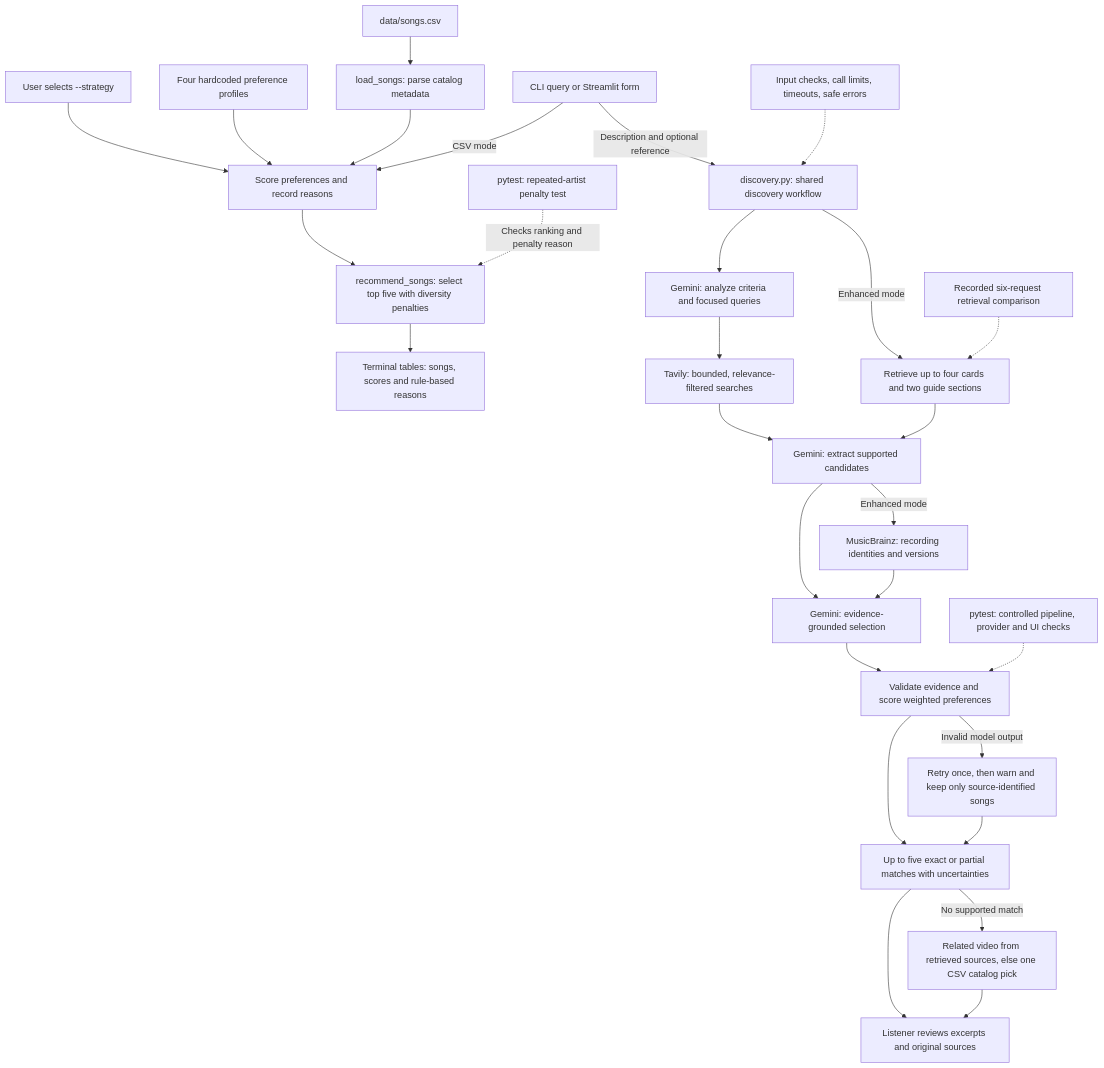
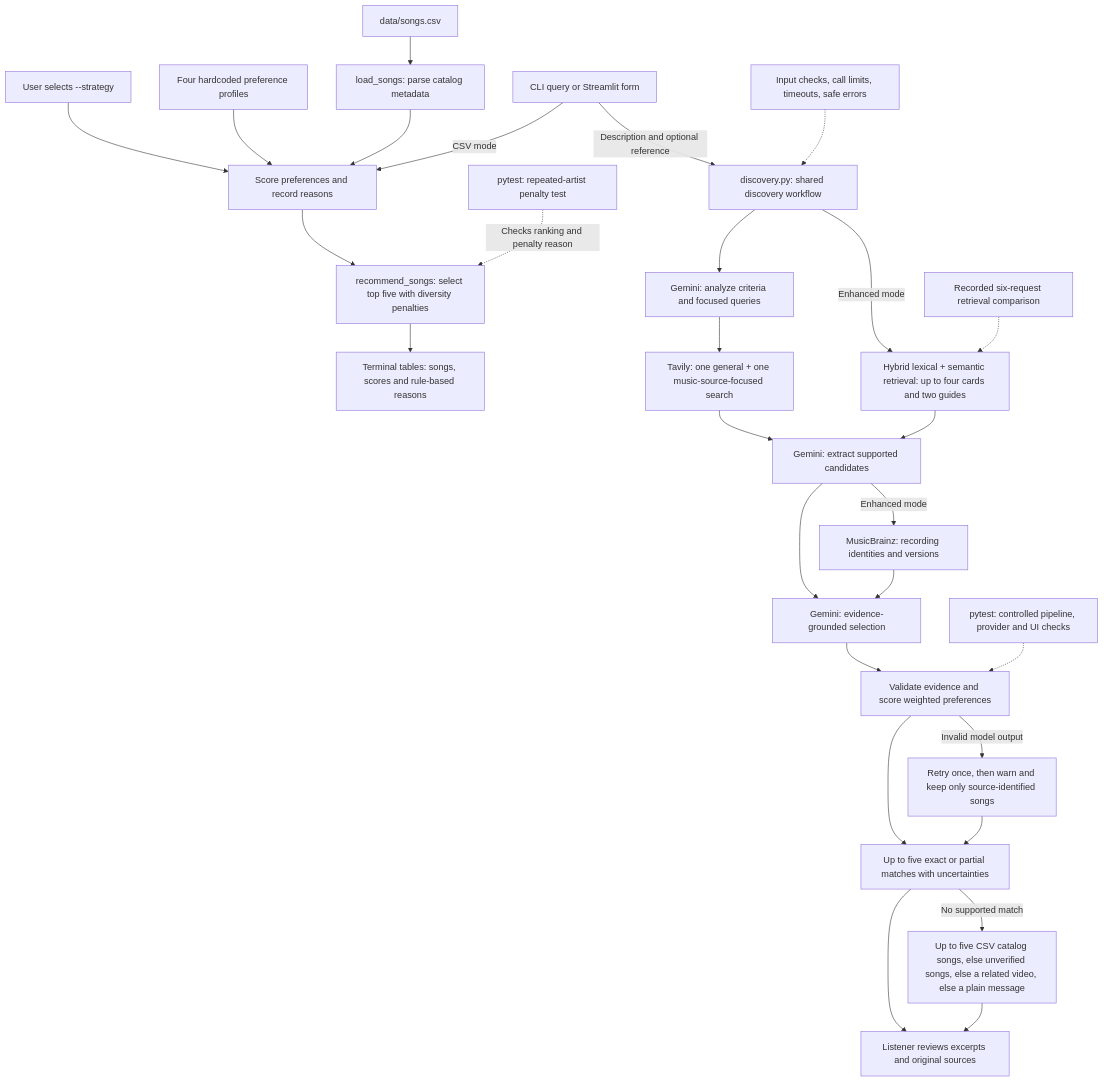
One commit to KarinaS0uza/applied-ai-music-recommender changed the diagram in README.md. Above: the diagram before and after it, drawn with Mermaid. The commit also changed other lines of this file and 6 other files, not shown here.

Commit message:
docs: update README, model card and architecture, add screenshots

````diff
--- a/README.md
+++ b/README.md
@@ -33,34 +33,34 @@
 ```mermaid
 flowchart TD
     Strategy["User selects --strategy"] --> Scoring["Score preferences and record reasons"]
     Profiles["Four hardcoded preference profiles"] --> Scoring
     Catalog["data/songs.csv"] --> Loader["load_songs: parse catalog metadata"]
     Loader --> Scoring
     Scoring --> Selection["recommend_songs: select top five with diversity penalties"]
     Selection --> Output["Terminal tables: songs, scores and rule-based reasons"]
 
     %% Existing development test, run separately from the application.
     Tests["pytest: repeated-artist penalty test"] -.->|"Checks ranking and penalty reason"| Selection
 
     UI["CLI query or Streamlit form"] -->|"CSV mode"| Scoring
     UI -->|"Description and optional reference"| RAG["discovery.py: shared discovery workflow"]
     RAG --> Intent["Gemini: analyze criteria and focused queries"]
-    Intent --> Web["Tavily: bounded, relevance-filtered searches"]
-    RAG -->|"Enhanced mode"| Docs["Retrieve up to four cards and two guide sections"]
+    Intent --> Web["Tavily: one general + one music-source-focused search"]
+    RAG -->|"Enhanced mode"| Docs["Hybrid lexical + semantic retrieval: up to four cards and two guides"]
     Web --> Extract["Gemini: extract supported candidates"]
     Docs --> Extract
     Extract -->|"Enhanced mode"| Metadata["MusicBrainz: recording identities and versions"]
     Extract --> Generate["Gemini: evidence-grounded selection"]
     Metadata --> Generate
     Generate --> Validate["Validate evidence and score weighted preferences"]
     Validate --> Results["Up to five exact or partial matches with uncertainties"]
     Results --> Human["Listener reviews excerpts and original sources"]
     Checks["pytest: controlled pipeline, provider and UI checks"] -.-> Validate
     Review["Recorded six-request retrieval comparison"] -.-> Docs
 
     Validate -->|"Invalid model output"| Degrade["Retry once, then warn and keep only source-identified songs"]
     Degrade --> Results
-    Results -->|"No supported match"| Fallback["Related video from retrieved sources, else one CSV catalog pick"]
+    Results -->|"No supported match"| Fallback["Up to five CSV catalog songs, else unverified songs, else a related video, else a plain message"]
     Fallback --> Human
     Guard["Input checks, call limits, timeouts, safe errors"] -.-> RAG
 ```
````
